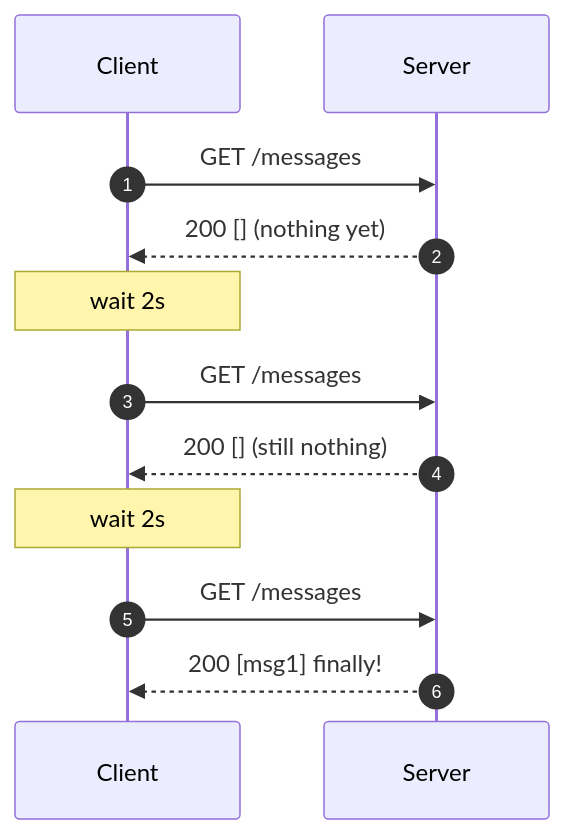
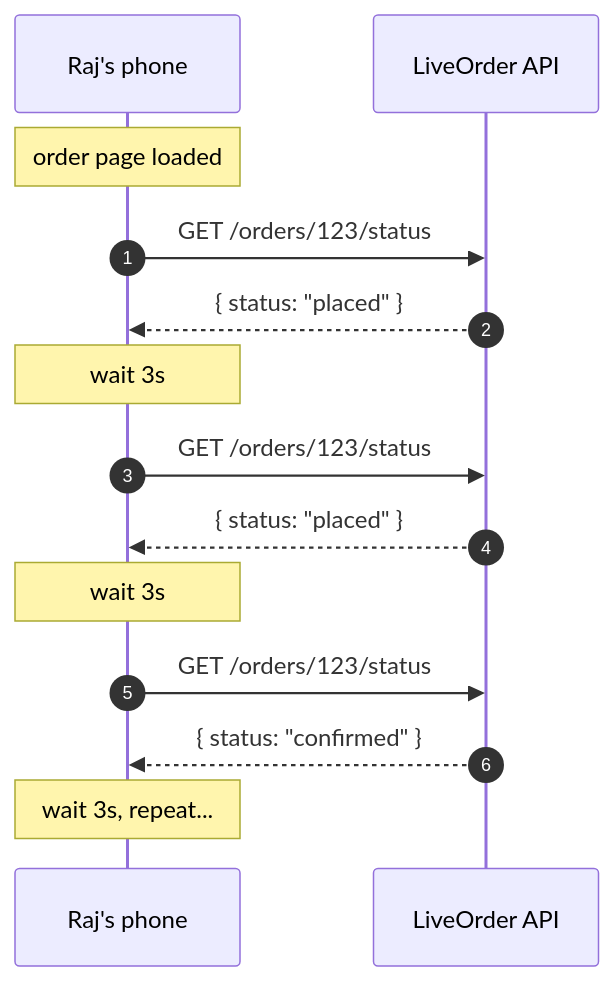
Before and after one commit to fnusatvik07/real-time-events: the first of 2 diagrams in concepts/02_polling.md, drawn with Mermaid. The commit also changed other lines of this file and 7 other files, not shown here.

````diff
--- a/concepts/02_polling.md
+++ b/concepts/02_polling.md
@@ -11,14 +57,16 @@
 ```mermaid
 sequenceDiagram
     autonumber
-    participant C as Client
-    participant S as Server
-    C->>S: GET /messages
-    S-->>C: 200 [] (nothing yet)
-    Note over C: wait 2s
-    C->>S: GET /messages
-    S-->>C: 200 [] (still nothing)
-    Note over C: wait 2s
-    C->>S: GET /messages
-    S-->>C: 200 [msg1]  finally!
+    participant App as Raj's phone
+    participant API as LiveOrder API
+    Note over App: order page loaded
+    App->>API: GET /orders/123/status
+    API-->>App: { status: "placed" }
+    Note over App: wait 3s
+    App->>API: GET /orders/123/status
+    API-->>App: { status: "placed" }
+    Note over App: wait 3s
+    App->>API: GET /orders/123/status
+    API-->>App: { status: "confirmed" }
+    Note over App: wait 3s, repeat...
 ```
````
